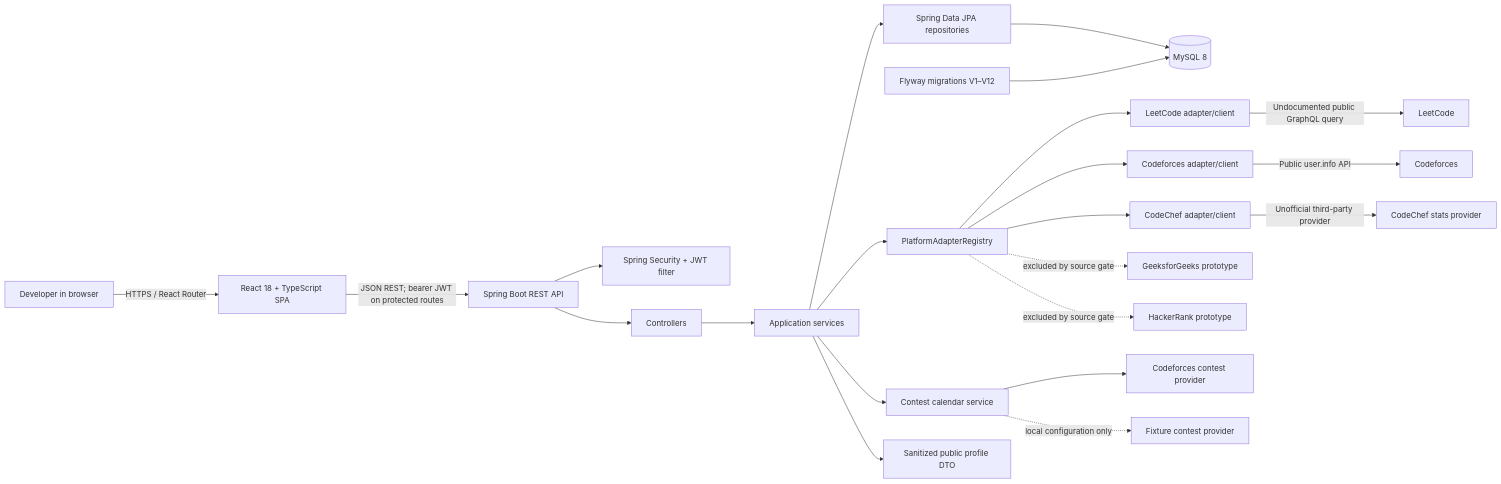
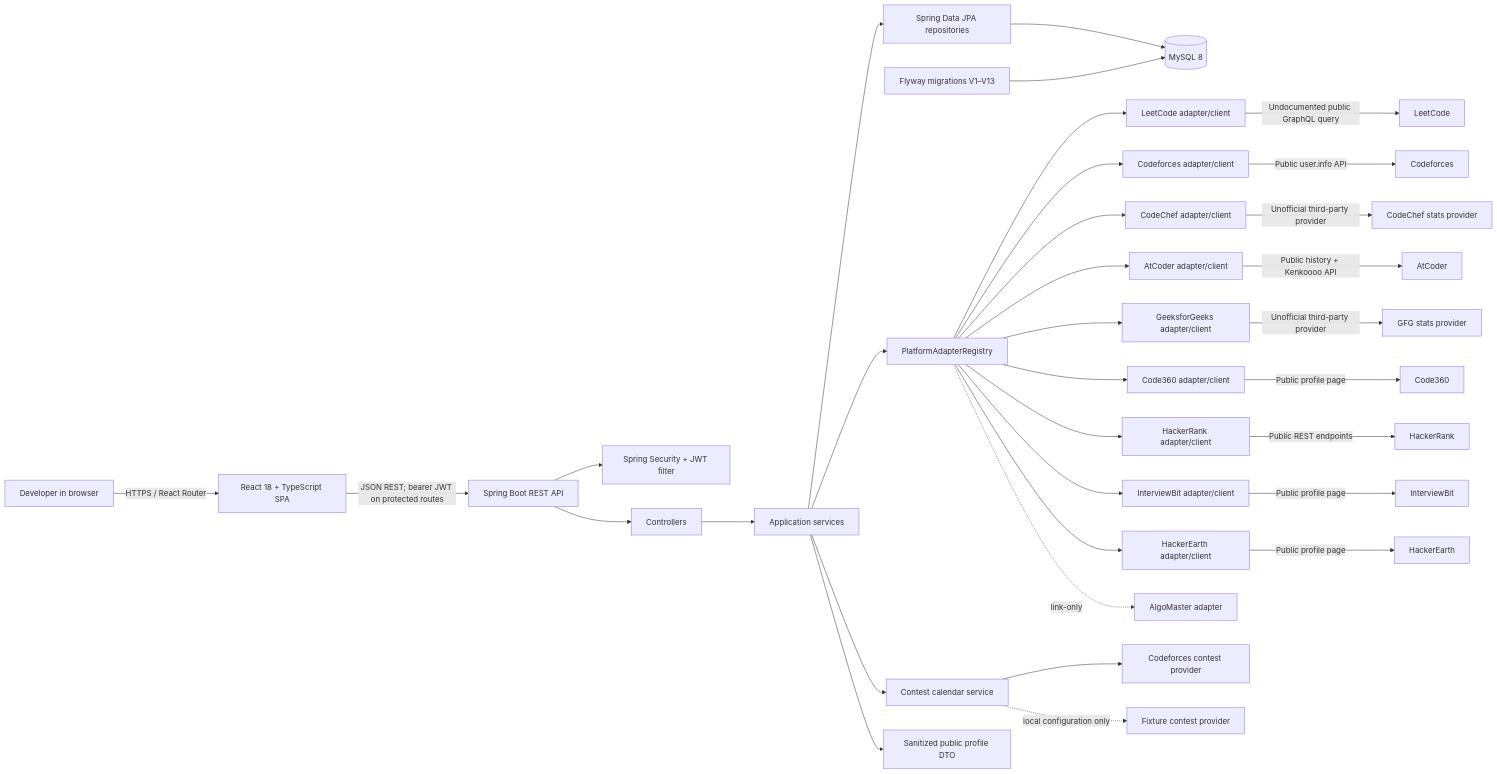
Before and after one commit to sajalgoyal007/KodBTW: the first of 11 diagrams in README.md, drawn with Mermaid. The commit also changed other lines of this file and 83 other files, not shown here.

````diff
--- a/README.md
+++ b/README.md
@@ -166,24 +166,35 @@
 ```mermaid
 flowchart LR
   U[Developer in browser] -->|HTTPS / React Router| FE[React 18 + TypeScript SPA]
   FE -->|JSON REST; bearer JWT on protected routes| API[Spring Boot REST API]
   API --> SEC[Spring Security + JWT filter]
   API --> C[Controllers]
   C --> S[Application services]
   S --> R[Spring Data JPA repositories]
   R --> DB[(MySQL 8)]
-  V[Flyway migrations V1–V12] --> DB[(MySQL 8)]
+  V[Flyway migrations V1–V13] --> DB[(MySQL 8)]
   S --> AR[PlatformAdapterRegistry]
   AR --> LC[LeetCode adapter/client]
   AR --> CF[Codeforces adapter/client]
   AR --> CC[CodeChef adapter/client]
+  AR --> AC[AtCoder adapter/client]
+  AR --> GF[GeeksforGeeks adapter/client]
+  AR --> C360[Code360 adapter/client]
+  AR --> HR[HackerRank adapter/client]
+  AR --> IB[InterviewBit adapter/client]
+  AR --> HE[HackerEarth adapter/client]
+  AR -. link-only .-> AM[AlgoMaster adapter]
   LC -->|Undocumented public GraphQL query| LEET[LeetCode]
   CF -->|Public user.info API| CODEFORCES[Codeforces]
   CC -->|Unofficial third-party provider| CCP[CodeChef stats provider]
+  AC -->|Public history + Kenkoooo API| ATC[AtCoder]
+  GF -->|Unofficial third-party provider| GFP[GFG stats provider]
+  C360 -->|Public profile page| C360P[Code360]
+  HR -->|Public REST endpoints| HRP[HackerRank]
+  IB -->|Public profile page| IBP[InterviewBit]
+  HE -->|Public profile page| HEP[HackerEarth]
   S --> CAL[Contest calendar service]
   CAL --> CFP[Codeforces contest provider]
   CAL -. local configuration only .-> FIX[Fixture contest provider]
-  AR -. excluded by source gate .-> GF[GeeksforGeeks prototype]
-  AR -. excluded by source gate .-> HR[HackerRank prototype]
   S --> DTO[Sanitized public profile DTO]
 ```
````
